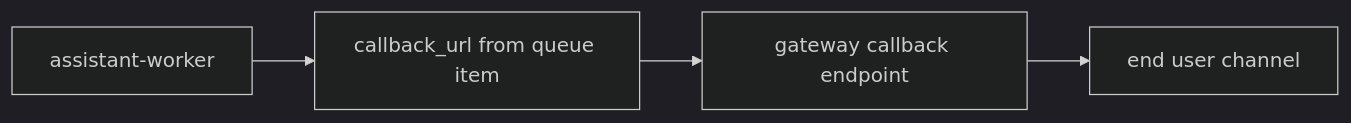
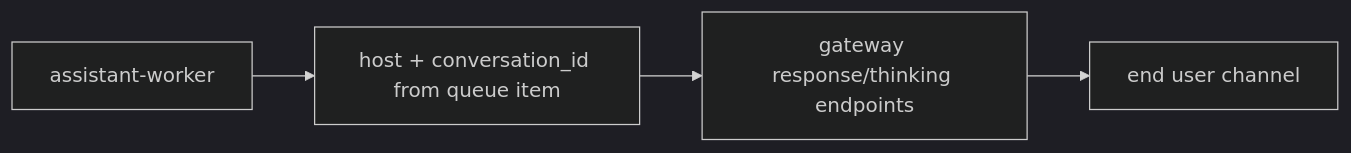
Before and after one commit to vinitu/my-concierge: the seventh of 7 diagrams in docs/services/assistant-worker.md, drawn with Mermaid (dark theme). The commit also changed other lines of this file and 44 other files, not shown here.

First line of the commit message:
feat: add thinking callbacks and gateway runtime updates (#28)

````diff
--- a/docs/services/assistant-worker.md
+++ b/docs/services/assistant-worker.md
@@ -480,6 +487,6 @@
 ```mermaid
 flowchart LR
-    Worker["assistant-worker"] --> Callback["callback_url from queue item"]
-    Callback --> Gateway["gateway callback endpoint"]
+    Worker["assistant-worker"] --> Callback["host + conversation_id from queue item"]
+    Callback --> Gateway["gateway response/thinking endpoints"]
     Gateway --> Client["end user channel"]
 ```
````
